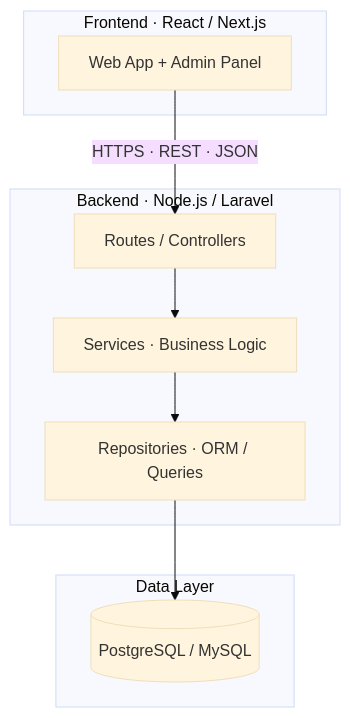
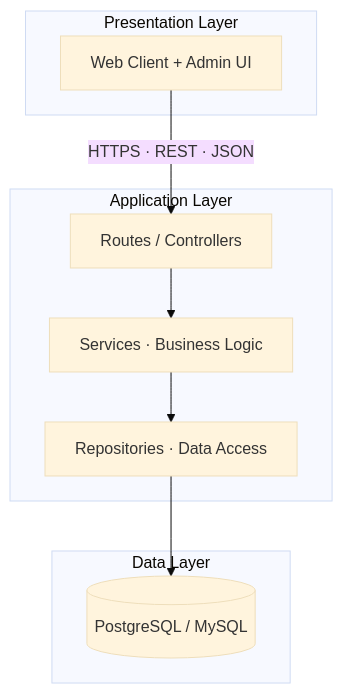
Before and after one commit to Edgar-Devloper/Edgar-Devloper: the second of 2 diagrams in README.md, drawn with Mermaid (base theme). The commit also changed other lines of this file, not shown here.

Commit message:
Refactor architecture diagrams to layer-only labels

````diff
--- a/README.md
+++ b/README.md
@@ -106,18 +104,18 @@
 ```mermaid
 flowchart TB
-  subgraph CLIENT["Frontend · React / Next.js"]
-    APP[Web App + Admin Panel]
+  subgraph CLIENT["Presentation Layer"]
+    APP[Web Client + Admin UI]
   end
 
-  subgraph SERVER["Backend · Node.js / Laravel"]
+  subgraph SERVER["Application Layer"]
     R[Routes / Controllers]
     S[Services · Business Logic]
-    D[Repositories · ORM / Queries]
+    D[Repositories · Data Access]
   end
 
   subgraph DATA["Data Layer"]
     DB[(PostgreSQL / MySQL)]
   end
 
   APP -->|HTTPS · REST · JSON| R --> S --> D --> DB
 ```
````
